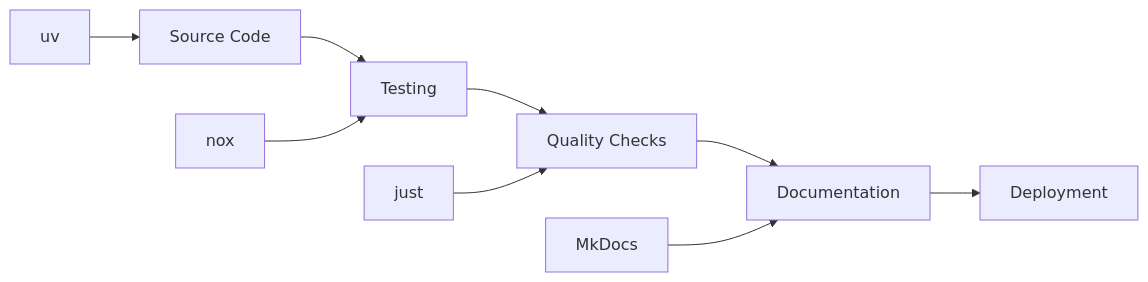
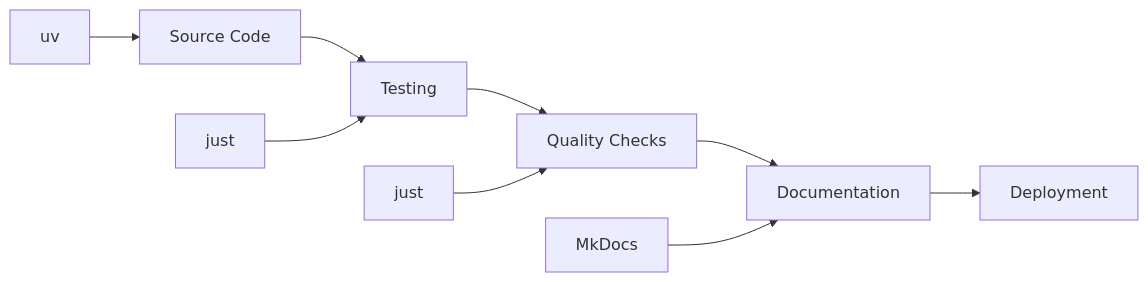
Before and after one commit to jeffrichley/algokit: the diagram in docs-old/index.md, drawn with Mermaid. The commit also changed other lines of this file and 78 other files, not shown here.

````diff
--- a/docs-old/index.md
+++ b/docs-old/index.md
@@ -117,12 +117,12 @@
 ```mermaid
 graph LR
     A[Source Code] --> B[Testing]
     B --> C[Quality Checks]
     C --> D[Documentation]
     D --> E[Deployment]
 
     F[uv] --> A
-    G[nox] --> B
+    G[just] --> B
     H[just] --> C
     I[MkDocs] --> D
 ```
````
